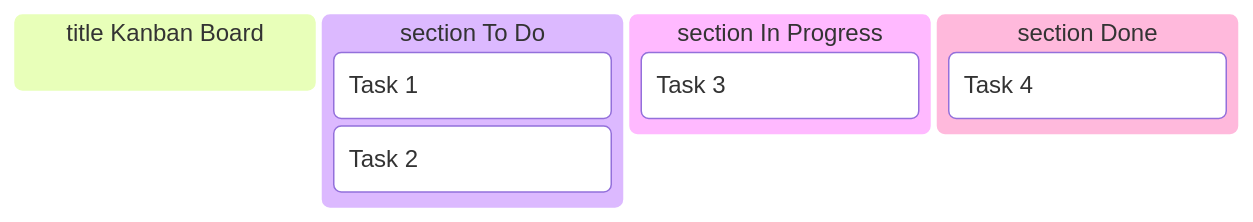
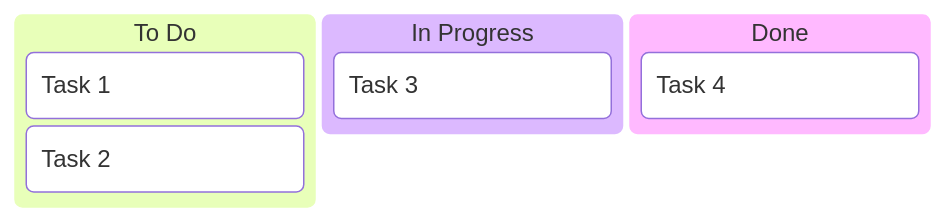
One commit to itohio/itohio.github.io changed the first of 3 diagrams in blog/content/snippets/diagrams/mermaid-kanban.md. Above: the diagram before and after it, drawn with Mermaid. The commit also changed other lines of this file and 23 other files, not shown here.

Commit message:
fix(code,diagrams): pydantic v2, LangChain imports, CAP/Redlock, secure-coding examples, Mermaid syntax

````diff
--- a/blog/content/snippets/diagrams/mermaid-kanban.md
+++ b/blog/content/snippets/diagrams/mermaid-kanban.md
@@ -39,11 +38,10 @@
 ```mermaid
 kanban
-    title Kanban Board
-    section To Do
-        Task 1
-        Task 2
-    section In Progress
-        Task 3
-    section Done
-        Task 4
+    todo[To Do]
+        t1[Task 1]
+        t2[Task 2]
+    doing[In Progress]
+        t3[Task 3]
+    done[Done]
+        t4[Task 4]
 ```
````
